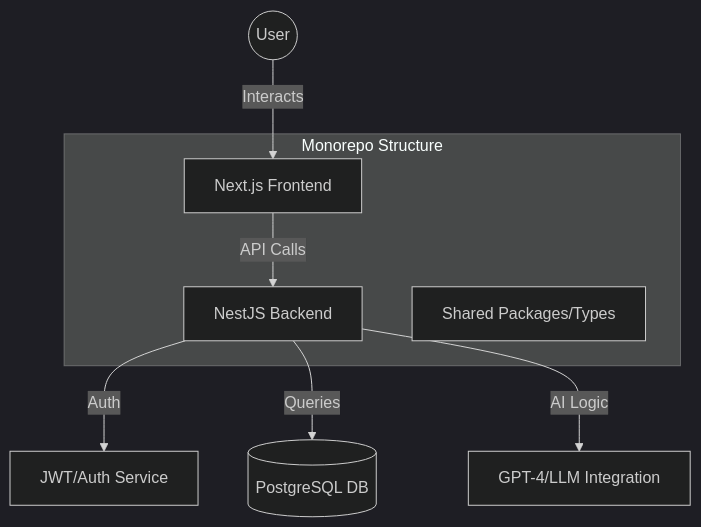
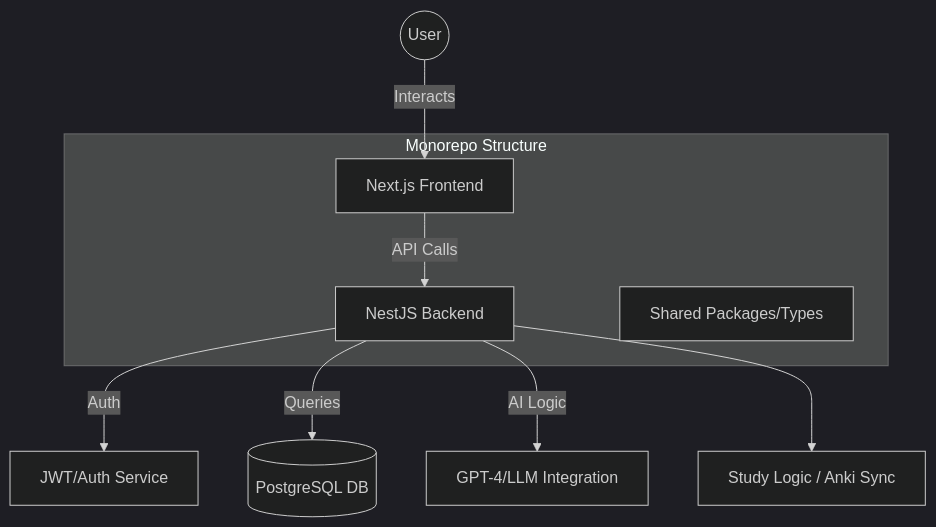
The diagram in README.md (profalexandretolentino/LangForge), drawn with Mermaid (dark theme) before and after one commit. The commit also changed other lines of this file, not shown here.

````diff
--- a/README.md
+++ b/README.md
@@ -32,14 +19,16 @@
 ```mermaid
 graph TD
     User((User)) -->|Interacts| NextJS[Next.js Frontend]
     NextJS -->|API Calls| NestJS[NestJS Backend]
     NestJS -->|Auth| JWT[JWT/Auth Service]
     NestJS -->|Queries| Postgres[(PostgreSQL DB)]
     NestJS -->|AI Logic| OpenAI[GPT-4/LLM Integration]
+    NestJS --> Services[Study Logic / Anki Sync]
+    
     
     subgraph "Monorepo Structure"
     NextJS
     NestJS
     Shared[Shared Packages/Types]
     end
 ```
````
